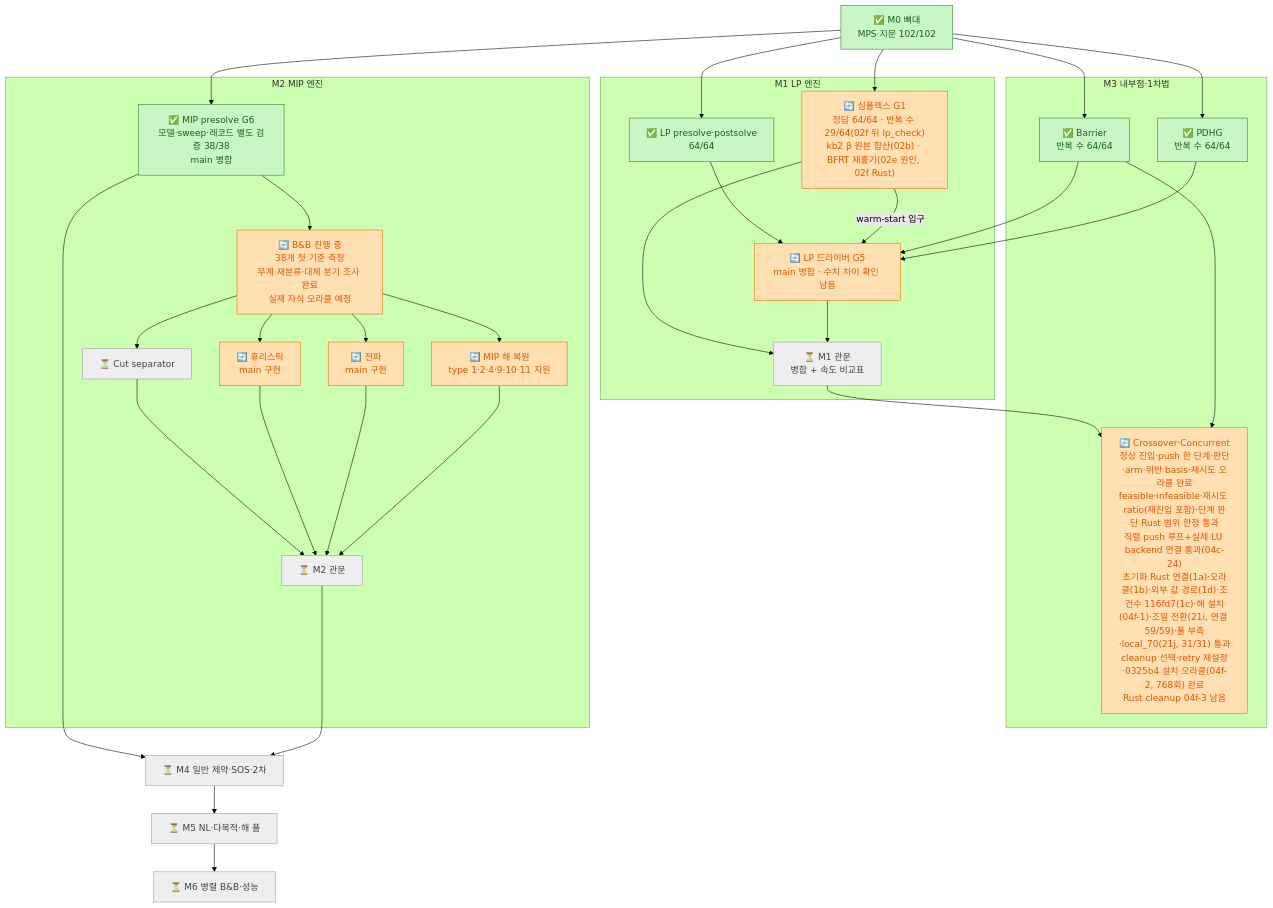
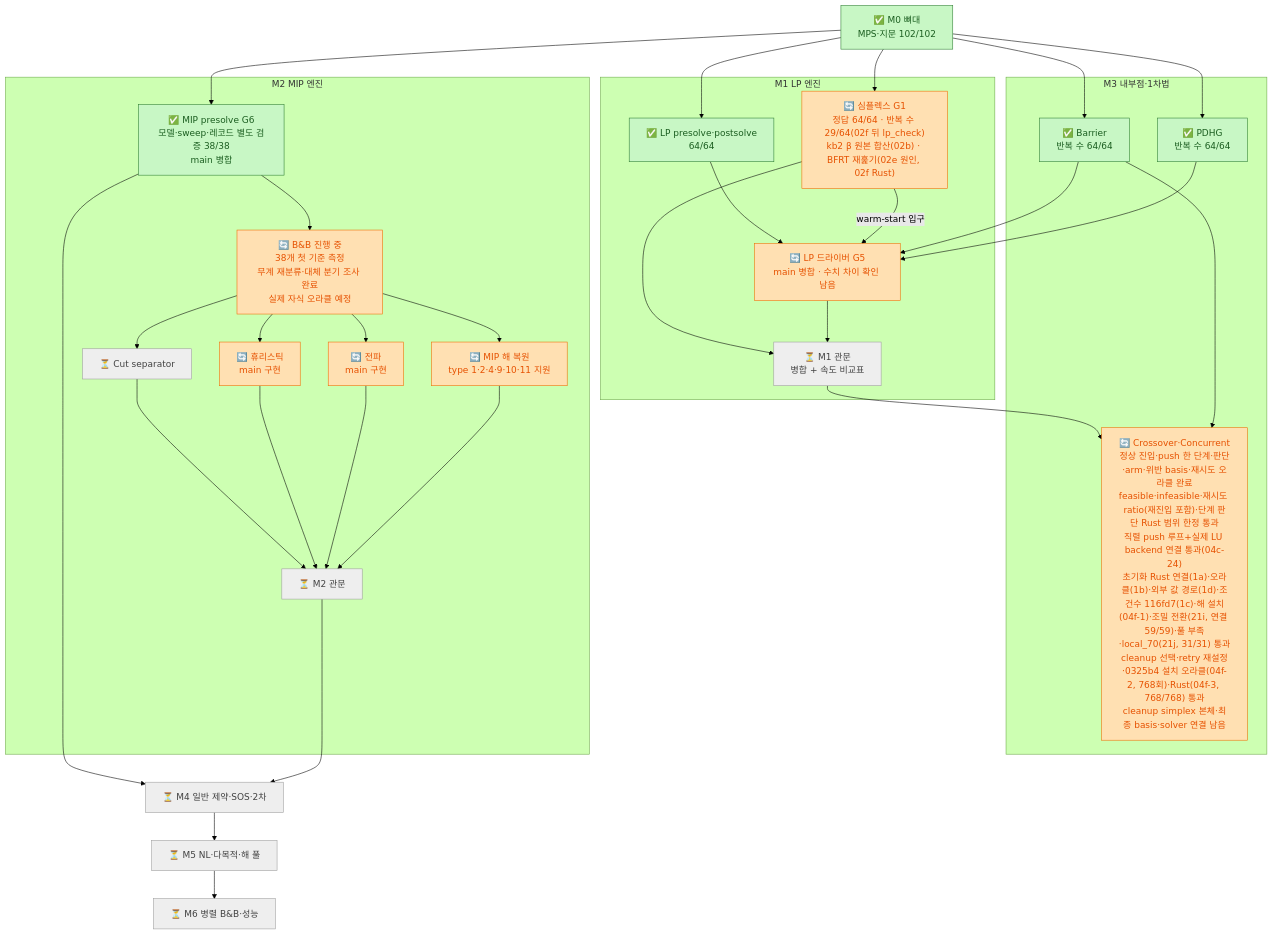
The diagram in docs/12_roadmap_diagram.md (kjh278231/kerobi), drawn with Mermaid (forest theme) before and after one commit. The commit also changed other lines of this file and 6 other files, not shown here.

````diff
--- a/docs/12_roadmap_diagram.md
+++ b/docs/12_roadmap_diagram.md
@@ -219,49 +221,49 @@
 ```mermaid
 flowchart TD
     classDef done fill:#c8f7c5,stroke:#2e7d32,color:#1b5e20
     classDef doing fill:#ffe0b2,stroke:#ef6c00,color:#e65100
     classDef pending fill:#bbdefb,stroke:#1565c0,color:#0d47a1
     classDef todo fill:#eeeeee,stroke:#9e9e9e,color:#424242
 
     M0["✅ M0 뼈대<br/>MPS·지문 102/102"]:::done
 
     subgraph M1["M1 LP 엔진"]
         PRE["✅ LP presolve·postsolve<br/>64/64"]:::done
         SPX["🔄 심플렉스 G1<br/>정답 64/64 · 반복 수 29/64(02f 뒤 lp_check)<br/>kb2 β 원본 합산(02b) · BFRT 재훑기(02e 원인, 02f Rust)"]:::doing
         DRV["🔄 LP 드라이버 G5<br/>main 병합 · 수치 차이 확인 남음"]:::doing
         GATE1["⏳ M1 관문<br/>병합 + 속도 비교표"]:::todo
     end
 
     subgraph M3["M3 내부점·1차법"]
         BAR["✅ Barrier<br/>반복 수 64/64"]:::done
         PDHG["✅ PDHG<br/>반복 수 64/64"]:::done
-        XO["🔄 Crossover·Concurrent<br/>정상 진입·push 한 단계·판단·arm·위반 basis·재시도 오라클 완료<br/>feasible·infeasible·재시도 ratio(재진입 포함)·단계 판단 Rust 범위 한정 통과<br/>직렬 push 루프+실제 LU backend 연결 통과(04c-24)<br/>초기화 Rust 연결(1a)·오라클(1b)·외부 값 경로(1d)·조건수 116fd7(1c)·해 설치(04f-1)·조밀 전환(21i, 연결 59/59)·풀 부족·local_70(21j, 31/31) 통과<br/>cleanup 선택·retry 재설정·0325b4 설치 오라클(04f-2, 768회) 완료<br/>Rust cleanup 04f-3 남음"]:::doing
+        XO["🔄 Crossover·Concurrent<br/>정상 진입·push 한 단계·판단·arm·위반 basis·재시도 오라클 완료<br/>feasible·infeasible·재시도 ratio(재진입 포함)·단계 판단 Rust 범위 한정 통과<br/>직렬 push 루프+실제 LU backend 연결 통과(04c-24)<br/>초기화 Rust 연결(1a)·오라클(1b)·외부 값 경로(1d)·조건수 116fd7(1c)·해 설치(04f-1)·조밀 전환(21i, 연결 59/59)·풀 부족·local_70(21j, 31/31) 통과<br/>cleanup 선택·retry 재설정·0325b4 설치 오라클(04f-2, 768회)·Rust(04f-3, 768/768) 통과<br/>cleanup simplex 본체·최종 basis·solver 연결 남음"]:::doing
     end
 
     subgraph M2["M2 MIP 엔진"]
         MPRE["✅ MIP presolve G6<br/>모델·sweep·레코드 별도 검증 38/38<br/>main 병합"]:::done
         BNB["🔄 B&B 진행 중<br/>38개 첫 기준 측정<br/>무계 재분류·대체 분기 조사 완료<br/>실제 자식 오라클 예정"]:::doing
         CUT["⏳ Cut separator"]:::todo
         HEU["🔄 휴리스틱<br/>main 구현"]:::doing
         PROP["🔄 전파<br/>main 구현"]:::doing
         POST["🔄 MIP 해 복원<br/>type 1·2·4·9·10·11 지원"]:::doing
         GATE2["⏳ M2 관문"]:::todo
     end
 
     M4["⏳ M4 일반 제약·SOS·2차"]:::todo
     M5["⏳ M5 NL·다목적·해 풀"]:::todo
     M6["⏳ M6 병렬 B&B·성능"]:::todo
 
     M0 --> PRE & SPX & BAR & PDHG & MPRE
     PRE --> DRV
     BAR & PDHG --> DRV
     SPX -- "warm-start 입구" --> DRV
     SPX & DRV --> GATE1
     GATE1 --> XO
     BAR --> XO
     MPRE --> BNB
     BNB --> CUT & HEU & PROP & POST
     CUT & HEU & PROP & POST --> GATE2
     MPRE --> M4
     GATE2 --> M4 --> M5 --> M6
 ```
````
